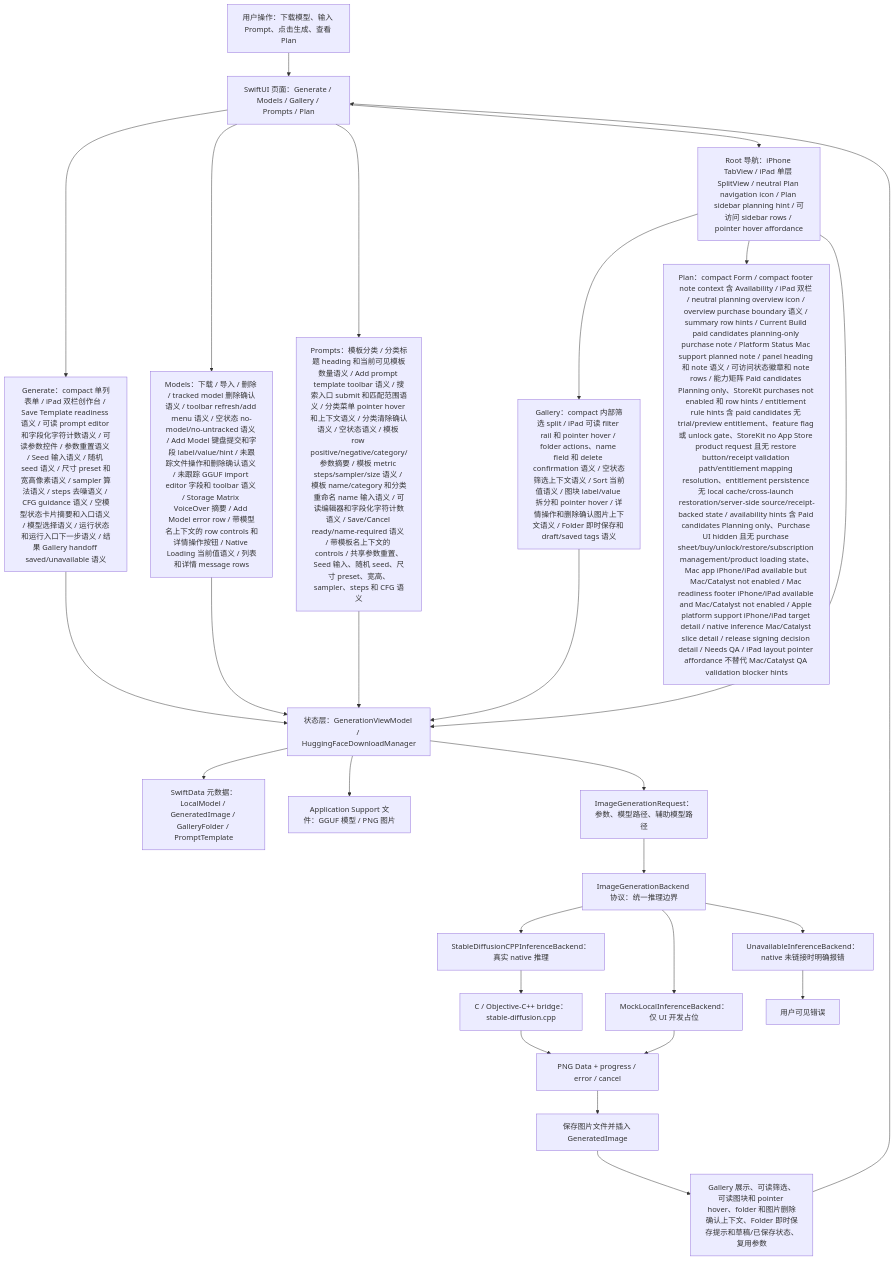
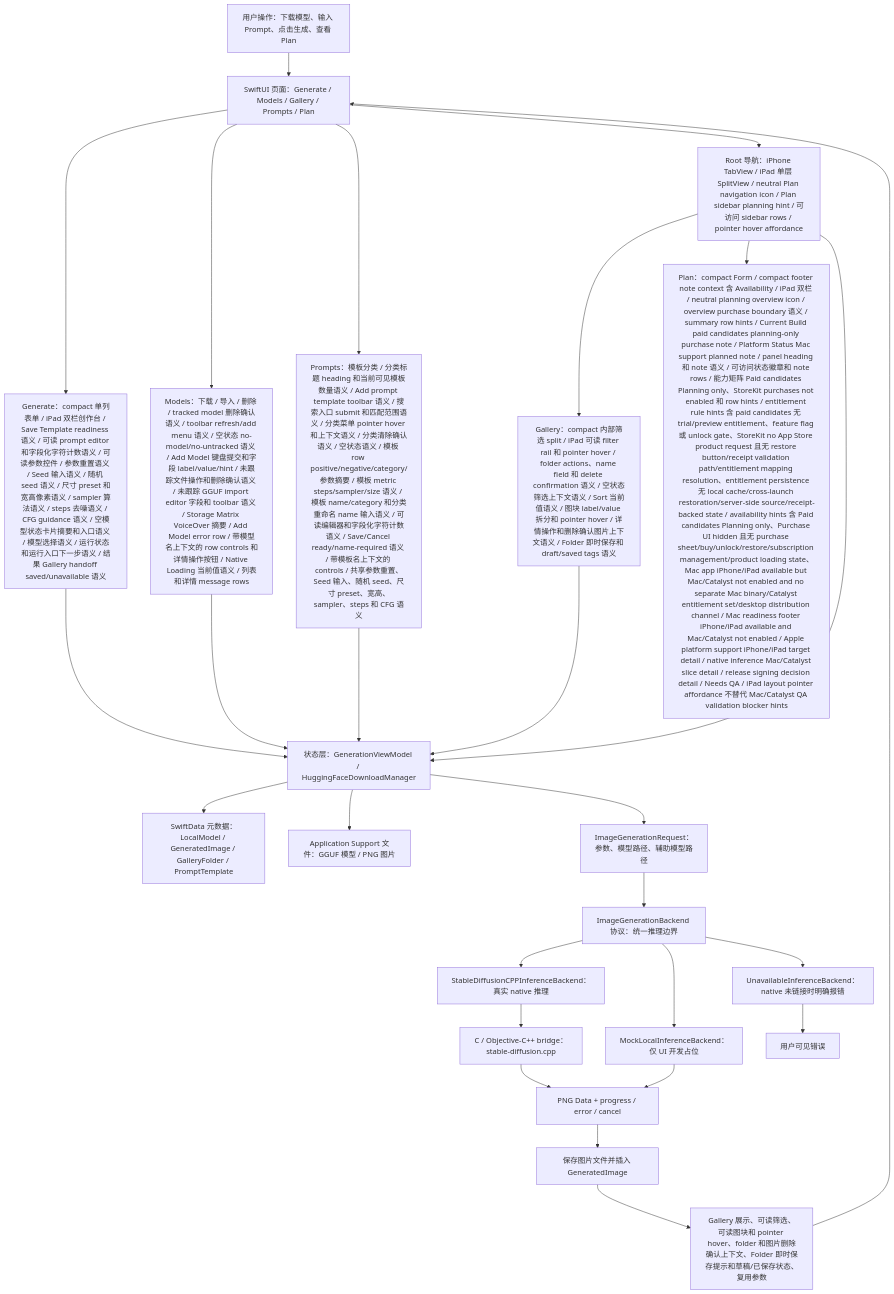
Before and after one commit to Altman-sam114/118: the first of 7 diagrams in md/flow/flowchart.md, drawn with Mermaid. The commit also changed 5 other files, not shown here.

First line of the commit message:
v1.116: Plan Mac app boundary

````diff
--- a/md/flow/flowchart.md
+++ b/md/flow/flowchart.md
@@ -9,29 +9,29 @@
 ```mermaid
 flowchart TD
   U["用户操作：下载模型、输入 Prompt、点击生成、查看 Plan"] --> UI["SwiftUI 页面：Generate / Models / Gallery / Prompts / Plan"]
   UI --> GENUI["Generate：compact 单列表单 / iPad 双栏创作台 / Save Template readiness 语义 / 可读 prompt editor 和字段化字符计数语义 / 可读参数控件 / 参数重置语义 / Seed 输入语义 / 随机 seed 语义 / 尺寸 preset 和宽高像素语义 / sampler 算法语义 / steps 去噪语义 / CFG guidance 语义 / 空模型状态卡片摘要和入口语义 / 模型选择语义 / 运行状态和运行入口下一步语义 / 结果 Gallery handoff saved/unavailable 语义"]
   UI --> MODELUI["Models：下载 / 导入 / 删除 / tracked model 删除确认语义 / toolbar refresh/add menu 语义 / 空状态 no-model/no-untracked 语义 / Add Model 键盘提交和字段 label/value/hint / 未跟踪文件操作和删除确认语义 / 未跟踪 GGUF import editor 字段和 toolbar 语义 / Storage Matrix VoiceOver 摘要 / Add Model error row / 带模型名上下文的 row controls 和详情操作按钮 / Native Loading 当前值语义 / 列表和详情 message rows"]
   UI --> PROMPTUI["Prompts：模板分类 / 分类标题 heading 和当前可见模板数量语义 / Add prompt template toolbar 语义 / 搜索入口 submit 和匹配范围语义 / 分类菜单 pointer hover 和上下文语义 / 分类清除确认语义 / 空状态语义 / 模板 row positive/negative/category/参数摘要 / 模板 metric steps/sampler/size 语义 / 模板 name/category 和分类重命名 name 输入语义 / 可读编辑器和字段化字符计数语义 / Save/Cancel ready/name-required 语义 / 带模板名上下文的 controls / 共享参数重置、Seed 输入、随机 seed、尺寸 preset、宽高、sampler、steps 和 CFG 语义"]
   UI --> NAV["Root 导航：iPhone TabView / iPad 单层 SplitView / neutral Plan navigation icon / Plan sidebar planning hint / 可访问 sidebar rows / pointer hover affordance"]
   NAV --> GALUI["Gallery：compact 内部筛选 split / iPad 可读 filter rail 和 pointer hover / folder actions、name field 和 delete confirmation 语义 / 空状态筛选上下文语义 / Sort 当前值语义 / 图块 label/value 拆分和 pointer hover / 详情操作和删除确认图片上下文语义 / Folder 即时保存和 draft/saved tags 语义"]
-  NAV --> PLANUI["Plan：compact Form / compact footer note context 含 Availability / iPad 双栏 / neutral planning overview icon / overview purchase boundary 语义 / summary row hints / Current Build paid candidates planning-only purchase note / Platform Status Mac support planned note / panel heading 和 note 语义 / 可访问状态徽章和 note rows / 能力矩阵 Paid candidates Planning only、StoreKit purchases not enabled 和 row hints / entitlement rule hints 含 paid candidates 无 trial/preview entitlement、feature flag 或 unlock gate、StoreKit no App Store product request 且无 restore button/receipt validation path/entitlement mapping resolution、entitlement persistence 无 local cache/cross-launch restoration/server-side source/receipt-backed state / availability hints 含 Paid candidates Planning only、Purchase UI hidden 且无 purchase sheet/buy/unlock/restore/subscription management/product loading state、Mac app iPhone/iPad available but Mac/Catalyst not enabled / Mac readiness footer iPhone/iPad available and Mac/Catalyst not enabled / Apple platform support iPhone/iPad target detail / native inference Mac/Catalyst slice detail / release signing decision detail / Needs QA / iPad layout pointer affordance 不替代 Mac/Catalyst QA validation blocker hints"]
+  NAV --> PLANUI["Plan：compact Form / compact footer note context 含 Availability / iPad 双栏 / neutral planning overview icon / overview purchase boundary 语义 / summary row hints / Current Build paid candidates planning-only purchase note / Platform Status Mac support planned note / panel heading 和 note 语义 / 可访问状态徽章和 note rows / 能力矩阵 Paid candidates Planning only、StoreKit purchases not enabled 和 row hints / entitlement rule hints 含 paid candidates 无 trial/preview entitlement、feature flag 或 unlock gate、StoreKit no App Store product request 且无 restore button/receipt validation path/entitlement mapping resolution、entitlement persistence 无 local cache/cross-launch restoration/server-side source/receipt-backed state / availability hints 含 Paid candidates Planning only、Purchase UI hidden 且无 purchase sheet/buy/unlock/restore/subscription management/product loading state、Mac app iPhone/iPad available but Mac/Catalyst not enabled and no separate Mac binary/Catalyst entitlement set/desktop distribution channel / Mac readiness footer iPhone/iPad available and Mac/Catalyst not enabled / Apple platform support iPhone/iPad target detail / native inference Mac/Catalyst slice detail / release signing decision detail / Needs QA / iPad layout pointer affordance 不替代 Mac/Catalyst QA validation blocker hints"]
   NAV --> VM["状态层：GenerationViewModel / HuggingFaceDownloadManager"]
   GENUI --> VM
   MODELUI --> VM
   PROMPTUI --> VM
   GALUI --> VM
   VM --> SD["SwiftData 元数据：LocalModel / GeneratedImage / GalleryFolder / PromptTemplate"]
   VM --> FS["Application Support 文件：GGUF 模型 / PNG 图片"]
   VM --> REQ["ImageGenerationRequest：参数、模型路径、辅助模型路径"]
   REQ --> IFACE["ImageGenerationBackend 协议：统一推理边界"]
   IFACE --> NATIVE["StableDiffusionCPPInferenceBackend：真实 native 推理"]
   IFACE --> MOCK["MockLocalInferenceBackend：仅 UI 开发占位"]
   IFACE --> OFF["UnavailableInferenceBackend：native 未链接时明确报错"]
   NATIVE --> BRIDGE["C / Objective-C++ bridge：stable-diffusion.cpp"]
   BRIDGE --> PNG["PNG Data + progress / error / cancel"]
   MOCK --> PNG
   OFF --> ERR["用户可见错误"]
   PNG --> SAVE["保存图片文件并插入 GeneratedImage"]
   SAVE --> GALLERY["Gallery 展示、可读筛选、可读图块和 pointer hover、folder 和图片删除确认上下文、Folder 即时保存提示和草稿/已保存状态、复用参数"]
   GALLERY --> UI
 ```
````
